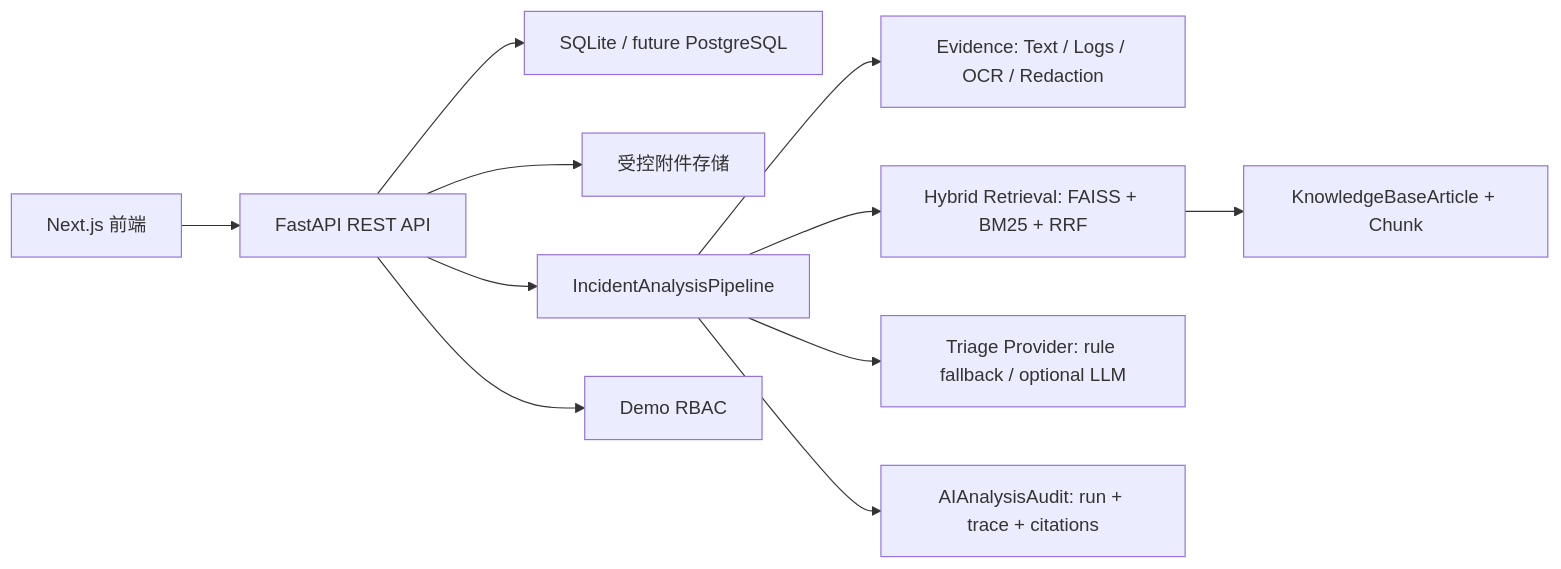
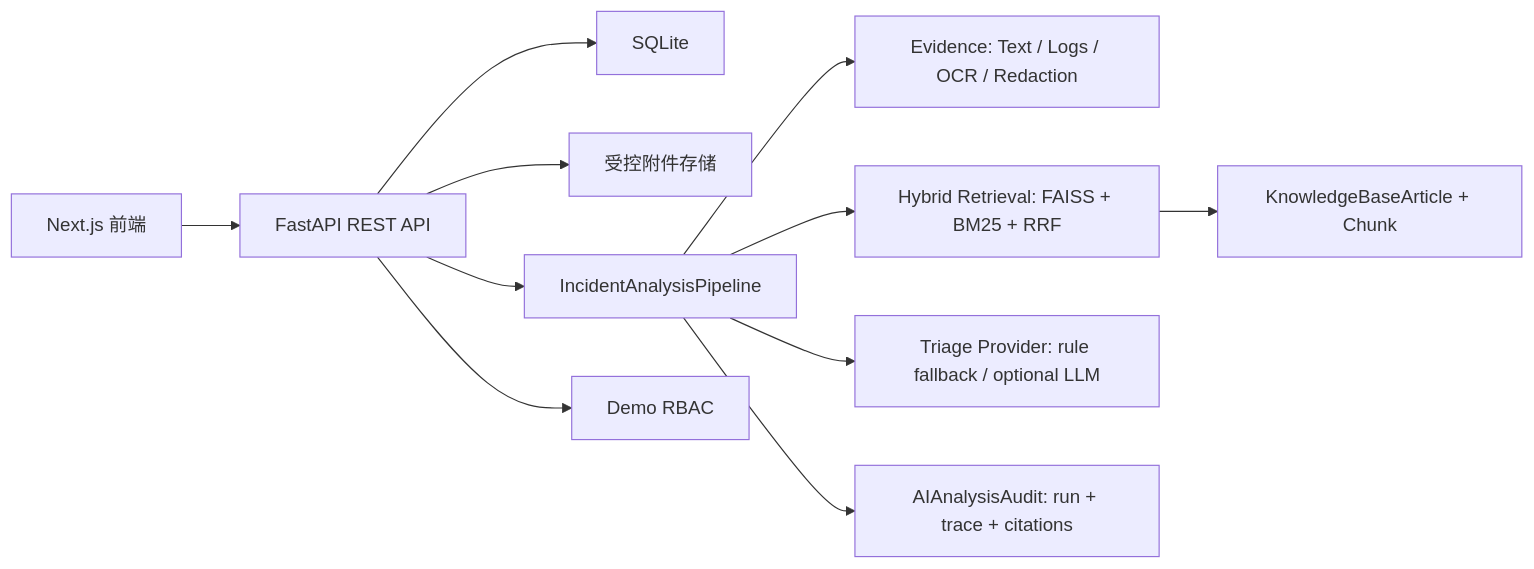
The first of 2 diagrams in README.md (hyh0620/ai-incidentops-copilot), drawn with Mermaid before and after one commit. The commit also changed other lines of this file, not shown here.

````diff
--- a/README.md
+++ b/README.md
@@ -28,13 +19,13 @@
 ```mermaid
 flowchart LR
   UI["Next.js 前端"] --> API["FastAPI REST API"]
-  API --> DB["SQLite / future PostgreSQL"]
+  API --> DB["SQLite"]
   API --> UP["受控附件存储"]
   API --> PIPE["IncidentAnalysisPipeline"]
   PIPE --> EVID["Evidence: Text / Logs / OCR / Redaction"]
   PIPE --> RET["Hybrid Retrieval: FAISS + BM25 + RRF"]
   RET --> KB["KnowledgeBaseArticle + Chunk"]
   PIPE --> TRIAGE["Triage Provider: rule fallback / optional LLM"]
   PIPE --> AUDIT["AIAnalysisAudit: run + trace + citations"]
   API --> RBAC["Demo RBAC"]
 ```
````
